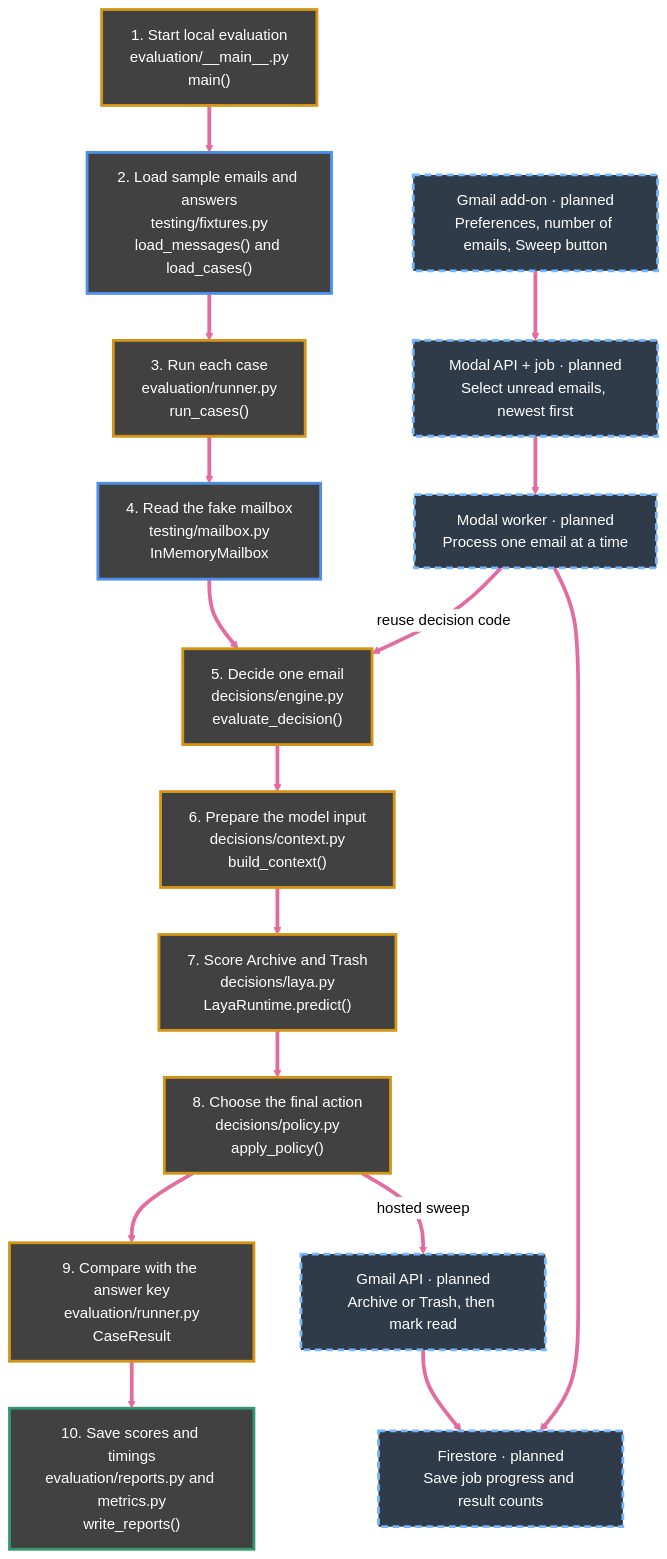
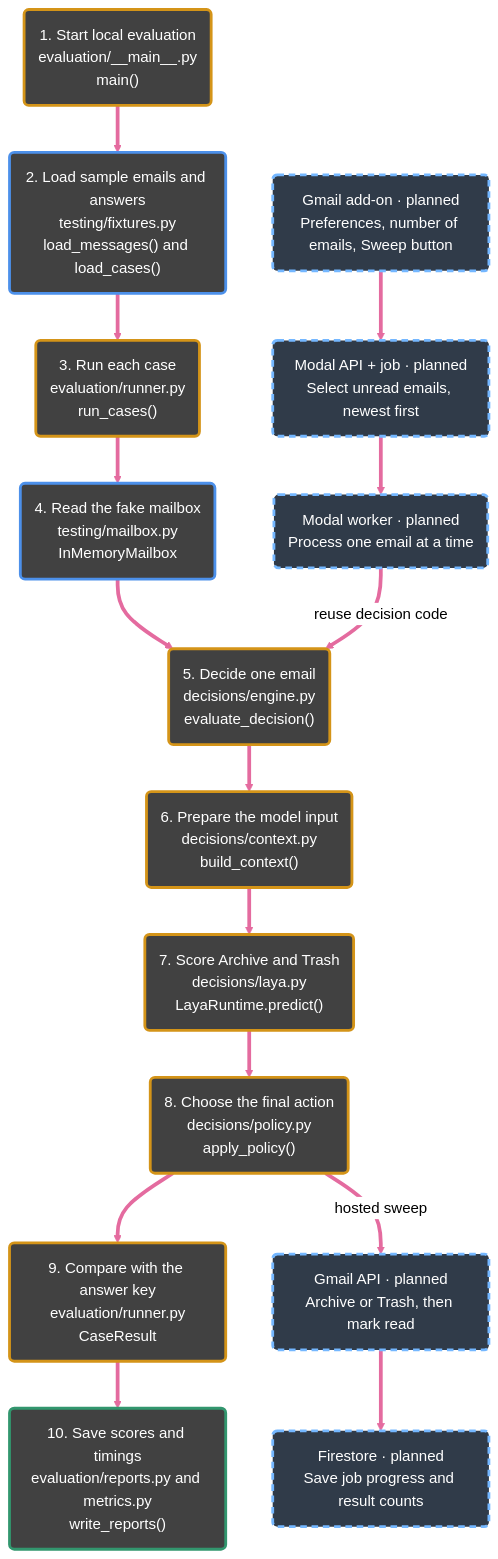
The diagram in README.md (dylanrkuster/sweep), drawn with Mermaid (neutral theme) before and after one commit.

Commit message:
Refine README code map layout

````diff
--- a/README.md
+++ b/README.md
@@ -11,35 +11,34 @@
 ```mermaid
 flowchart TB
-    start["1. Start local evaluation<br/>evaluation/__main__.py<br/>main()"]
-    fixtures["2. Load sample emails and answers<br/>testing/fixtures.py<br/>load_messages() and load_cases()"]
-    runner["3. Run each case<br/>evaluation/runner.py<br/>run_cases()"]
-    fake["4. Read the fake mailbox<br/>testing/mailbox.py<br/>InMemoryMailbox"]
-    engine["5. Decide one email<br/>decisions/engine.py<br/>evaluate_decision()"]
-    context["6. Prepare the model input<br/>decisions/context.py<br/>build_context()"]
-    laya["7. Score Archive and Trash<br/>decisions/laya.py<br/>LayaRuntime.predict()"]
-    policy["8. Choose the final action<br/>decisions/policy.py<br/>apply_policy()"]
-    compare["9. Compare with the answer key<br/>evaluation/runner.py<br/>CaseResult"]
-    report["10. Save scores and timings<br/>evaluation/reports.py and metrics.py<br/>write_reports()"]
+    start("1. Start local evaluation<br/>evaluation/__main__.py<br/>main()")
+    fixtures("2. Load sample emails and answers<br/>testing/fixtures.py<br/>load_messages() and load_cases()")
+    runner("3. Run each case<br/>evaluation/runner.py<br/>run_cases()")
+    fake("4. Read the fake mailbox<br/>testing/mailbox.py<br/>InMemoryMailbox")
+    engine("5. Decide one email<br/>decisions/engine.py<br/>evaluate_decision()")
+    context("6. Prepare the model input<br/>decisions/context.py<br/>build_context()")
+    laya("7. Score Archive and Trash<br/>decisions/laya.py<br/>LayaRuntime.predict()")
+    policy("8. Choose the final action<br/>decisions/policy.py<br/>apply_policy()")
+    compare("9. Compare with the answer key<br/>evaluation/runner.py<br/>CaseResult")
+    report("10. Save scores and timings<br/>evaluation/reports.py and metrics.py<br/>write_reports()")
 
-    gmail_ui["Gmail add-on · planned<br/>Preferences, number of emails, Sweep button"]
-    api["Modal API + job · planned<br/>Select unread emails, newest first"]
-    worker["Modal worker · planned<br/>Process one email at a time"]
-    gmail_api["Gmail API · planned<br/>Archive or Trash, then mark read"]
-    firestore["Firestore · planned<br/>Save job progress and result counts"]
+    gmail_ui("Gmail add-on · planned<br/>Preferences, number of emails, Sweep button")
+    api("Modal API + job · planned<br/>Select unread emails, newest first")
+    worker("Modal worker · planned<br/>Process one email at a time")
+    gmail_api("Gmail API · planned<br/>Archive or Trash, then mark read")
+    firestore("Firestore · planned<br/>Save job progress and result counts")
 
     start --> fixtures --> runner --> fake --> engine --> context --> laya --> policy --> compare --> report
     gmail_ui --> api --> worker
     worker -->|reuse decision code| engine
     policy -->|hosted sweep| gmail_api --> firestore
-    worker --> firestore
 
     linkStyle default stroke:#e46b9f,stroke-width:4px;
     classDef input fill:#414141,stroke:#4c90ea,stroke-width:3px,color:#ffffff;
     classDef work fill:#414141,stroke:#d49418,stroke-width:3px,color:#ffffff;
     classDef output fill:#414141,stroke:#32966e,stroke-width:3px,color:#ffffff;
     classDef planned fill:#303b49,stroke:#74b7ff,stroke-width:3px,stroke-dasharray:7 5,color:#ffffff;
     class fixtures,fake input;
     class start,runner,engine,context,laya,policy,compare work;
     class report output;
     class gmail_ui,api,worker,gmail_api,firestore planned;
 ```
````
